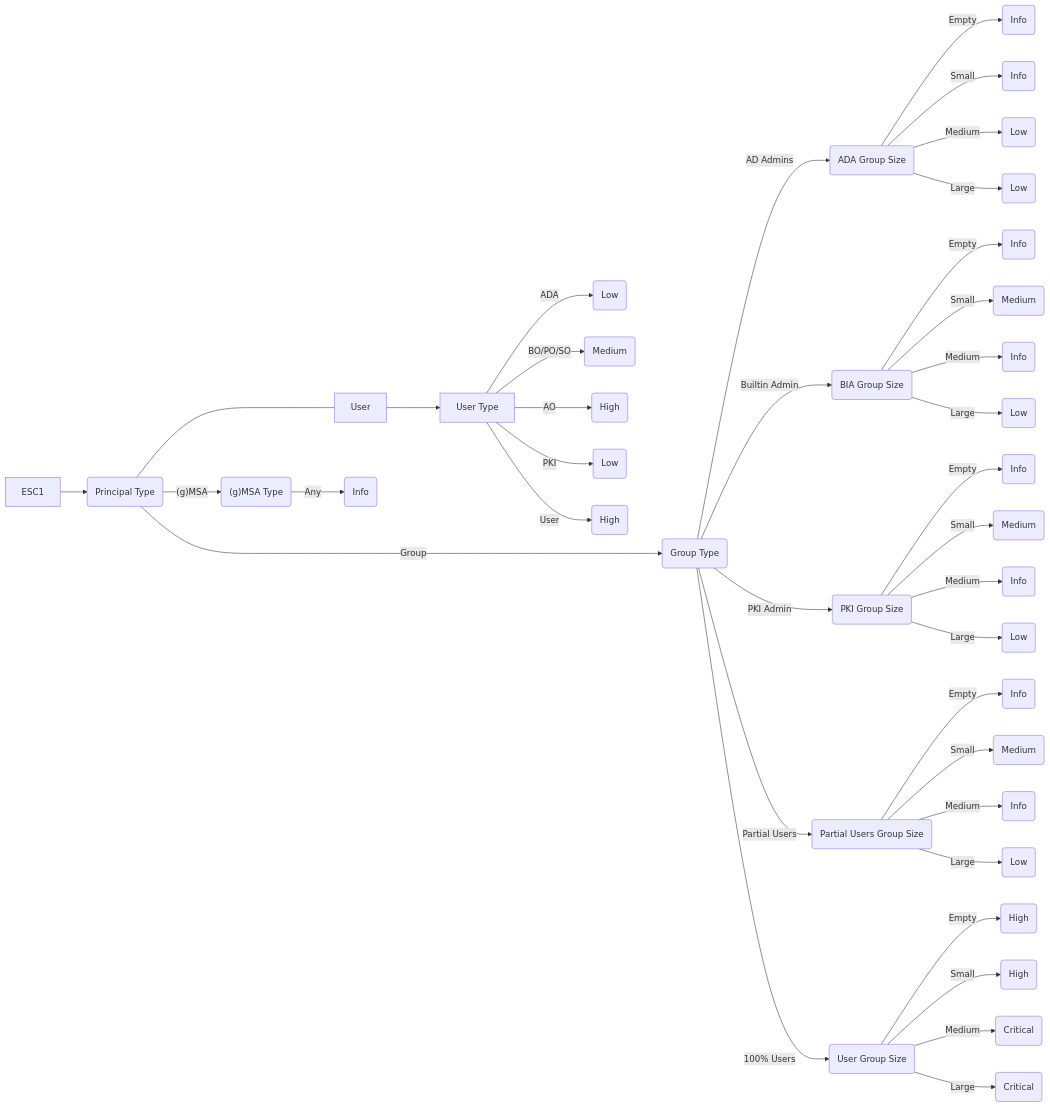
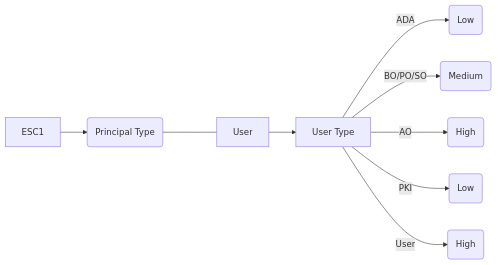
The diagram in Graphics/ESC1.md (TrimarcJake/Locksmith), drawn with Mermaid before and after one commit.

````diff
--- a/Graphics/ESC1.md
+++ b/Graphics/ESC1.md
@@ -1,38 +1,10 @@
 ```mermaid
-graph LR;
+flowchart LR
     ESC1 --> PrincipalType(Principal Type);
         PrincipalType ---- User --> UserType["User Type"];
             UserType -- ADA --> ADAUPriority(Low);
             UserType -- BO/PO/SO --> BIAUPriority(Medium);
             UserType -- AO --> AOUPriority(High);
             UserType -- PKI --> PKIAUPriority(Low);
             UserType -- User --> UserPriority(High);
-        PrincipalType ------>|Group| GroupType("Group Type");
-            GroupType -- AD Admins --> ADASize(ADA Group Size);
-                ADASize -- Empty --> ADAEGPriority(Info);
-                ADASize -- Small --> ADASGPriority(Info);
-                ADASize -- Medium --> ADAMGPriority(Low);
-                ADASize -- Large --> ADALGPriority(Low);
-            GroupType -- Builtin Admin --> BIASize(BIA Group Size);
-                BIASize -- Empty --> BIAEGPriority(Info);
-                BIASize -- Small --> BIASGPriority(Medium);
-                BIASize -- Medium --> BIAMGPriority(Info);
-                BIASize -- Large --> BIALGPriority(Low);
-            GroupType -- PKI Admin --> PKIASize(PKI Group Size);
-                PKIASize -- Empty --> PKIAEGPriority(Info);
-                PKIASize -- Small --> PKIASGPriority(Medium);
-                PKIASize -- Medium --> PKIAMGPriority(Info);
-                PKIASize -- Large --> PKIALGPriority(Low);
-            GroupType -- Partial Users --> SomeUsersSize(Partial Users Group Size);
-                SomeUsersSize -- Empty --> SomeUsersEGPriority(Info);
-                SomeUsersSize -- Small --> SomeUsersSGPriority(Medium);
-                SomeUsersSize -- Medium --> SomeUsersMGPriority(Info);
-                SomeUsersSize -- Large --> SomeUsersLGPriority(Low);
-            GroupType -- 100% Users --> UsersSize(User Group Size);
-                UsersSize -- Empty --> UsersEGPriority(High);
-                UsersSize -- Small --> UsersSGPriority(High);
-                UsersSize -- Medium --> UsersMGPriority(Critical);
-                UsersSize -- Large --> UsersLGPriority(Critical);
-        PrincipalType -- (g)MSA --> gMSAType("(g)MSA Type");
-            gMSAType -- Any --> gMSAPriority(Info);
 ```
````
